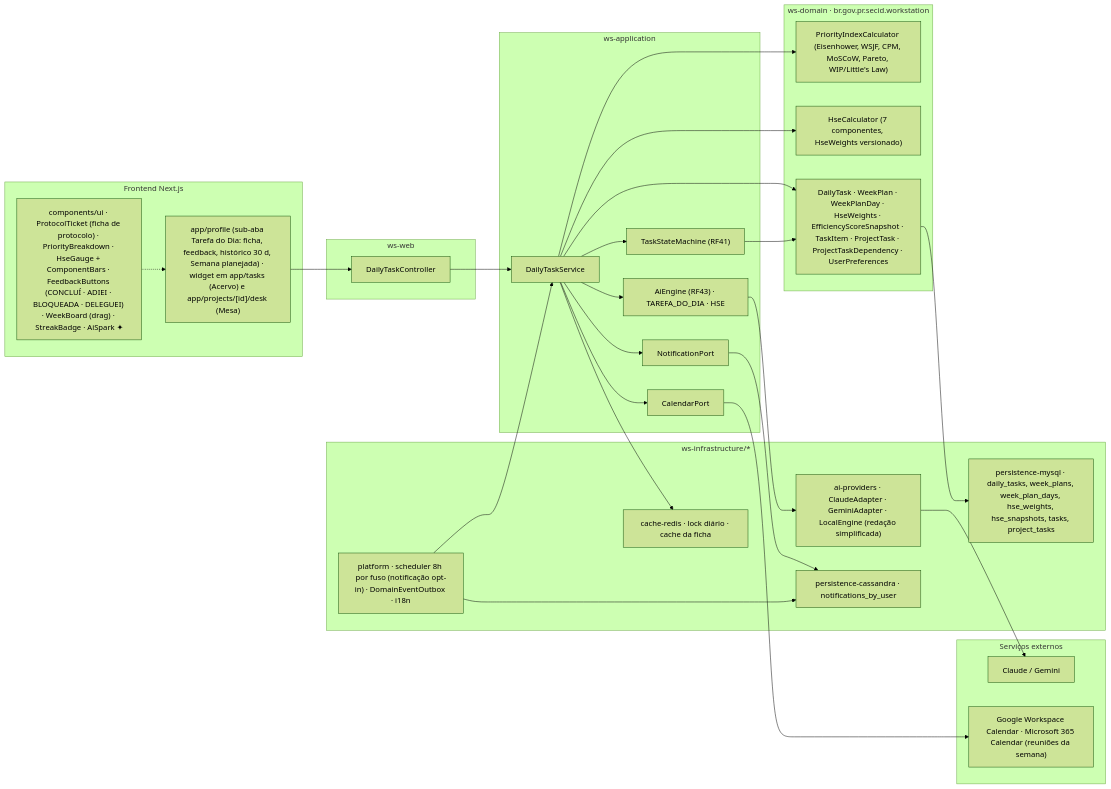
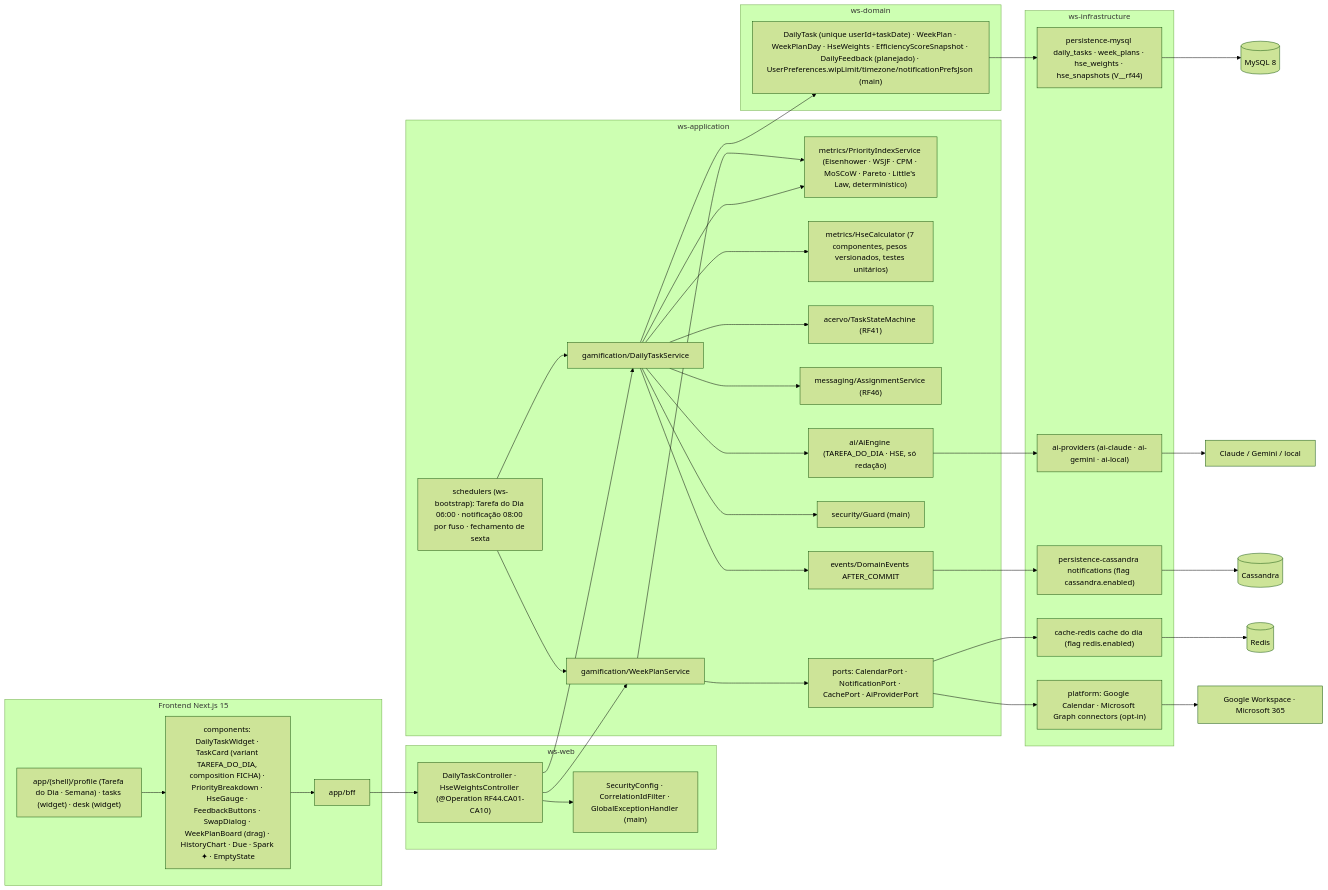
Before and after one commit to MatheusHaliski/Decia-app-2026: the fifth of 5 diagrams in docs/diagramas/RF44/README.md, drawn with Mermaid (forest theme). The commit also changed other lines of this file and 4 other files, not shown here.

First line of the commit message:
docs(diagramas): reescreve RF42–RF46 (DECIA Points, IA do sistema, Tarefa do Dia, Hype do Perfil, mensageria e atribuição)

````diff
--- a/docs/diagramas/RF44/README.md
+++ b/docs/diagramas/RF44/README.md
@@ -522,57 +459,55 @@
 ```mermaid
 flowchart LR
-  subgraph FE["Frontend Next.js"]
-    FE1["app/profile (sub-aba Tarefa do Dia: ficha, feedback, histórico 30 d, Semana planejada) · widget em app/tasks (Acervo) e app/projects/[id]/desk (Mesa)"]
-    FE2["components/ui · ProtocolTicket (ficha de protocolo) · PriorityBreakdown · HseGauge + ComponentBars · FeedbackButtons (CONCLUÍ · ADIEI · BLOQUEADA · DELEGUEI) · WeekBoard (drag) · StreakBadge · AiSpark ✦"]
+  subgraph FRONT["Frontend Next.js 15"]
+    R1["app/(shell)/profile (Tarefa do Dia · Semana) · tasks (widget) · desk (widget)"]
+    R2["components: DailyTaskWidget · TaskCard (variant TAREFA_DO_DIA, composition FICHA) · PriorityBreakdown · HseGauge · FeedbackButtons · SwapDialog · WeekPlanBoard (drag) · HistoryChart · Due · Spark ✦ · EmptyState"]
+    BFF["app/bff"]
+    R1 --> R2 --> BFF
   end
-
   subgraph WEB["ws-web"]
-    C1["DailyTaskController"]
+    DC["DailyTaskController · HseWeightsController (@Operation RF44.CA01-CA10)"]
+    SEC["SecurityConfig · CorrelationIdFilter · GlobalExceptionHandler (main)"]
   end
-
-  subgraph APP["ws-application"]
-    S1["DailyTaskService"]
-    S2["TaskStateMachine (RF41)"]
-    S3["AiEngine (RF43) · TAREFA_DO_DIA · HSE"]
-    P1["CalendarPort"]
-    P2["NotificationPort"]
+  subgraph APPL["ws-application"]
+    DTS["gamification/DailyTaskService"]
+    PIS["metrics/PriorityIndexService (Eisenhower · WSJF · CPM · MoSCoW · Pareto · Little's Law, determinístico)"]
+    HSE["metrics/HseCalculator (7 componentes, pesos versionados, testes unitários)"]
+    WPS["gamification/WeekPlanService"]
+    TSM["acervo/TaskStateMachine (RF41)"]
+    ASG["messaging/AssignmentService (RF46)"]
+    AIE["ai/AiEngine (TAREFA_DO_DIA · HSE, só redação)"]
+    GD["security/Guard (main)"]
+    DE["events/DomainEvents AFTER_COMMIT"]
+    PORTS["ports: CalendarPort · NotificationPort · CachePort · AiProviderPort"]
+    SCH["schedulers (ws-bootstrap): Tarefa do Dia 06:00 · notificação 08:00 por fuso · fechamento de sexta"]
   end
-
-  subgraph DOM["ws-domain · br.gov.pr.secid.workstation"]
-    D1["PriorityIndexCalculator (Eisenhower, WSJF, CPM, MoSCoW, Pareto, WIP/Little's Law)"]
-    D2["HseCalculator (7 componentes, HseWeights versionado)"]
-    D3["DailyTask · WeekPlan · WeekPlanDay · HseWeights · EfficiencyScoreSnapshot · TaskItem · ProjectTask · ProjectTaskDependency · UserPreferences"]
+  subgraph DOM["ws-domain"]
+    ENT["DailyTask (unique userId+taskDate) · WeekPlan · WeekPlanDay · HseWeights · EfficiencyScoreSnapshot · DailyFeedback (planejado) · UserPreferences.wipLimit/timezone/notificationPrefsJson (main)"]
   end
-
-  subgraph INFRA["ws-infrastructure/*"]
-    I1["persistence-mysql · daily_tasks, week_plans, week_plan_days, hse_weights, hse_snapshots, tasks, project_tasks"]
-    I2["cache-redis · lock diário · cache da ficha"]
-    I3["ai-providers · ClaudeAdapter · GeminiAdapter · LocalEngine (redação simplificada)"]
-    I4["platform · scheduler 8h por fuso (notificação opt-in) · DomainEventOutbox · i18n"]
-    I5["persistence-cassandra · notifications_by_user"]
+  subgraph INFRA["ws-infrastructure"]
+    MY["persistence-mysql daily_tasks · week_plans · hse_weights · hse_snapshots (V__rf44)"]
+    RD["cache-redis cache do dia (flag redis.enabled)"]
+    PLAT["platform: Google Calendar · Microsoft Graph connectors (opt-in)"]
+    CASA["persistence-cassandra notifications (flag cassandra.enabled)"]
+    AIP["ai-providers (ai-claude · ai-gemini · ai-local)"]
   end
-
-  subgraph EXT["Serviços externos"]
-    X1["Claude / Gemini"]
-    X2["Google Workspace Calendar · Microsoft 365 Calendar (reuniões da semana)"]
-  end
-
-  FE1 --> C1
-  FE2 -.-> FE1
-  C1 --> S1
-  S1 --> D1
-  S1 --> D2
-  S1 --> S2
-  S1 --> S3
-  S1 --> P1
-  S1 --> P2
-  S1 --> D3
-  S2 --> D3
-  D3 --> I1
-  S1 --> I2
-  S3 --> I3 --> X1
-  P1 --> X2
-  P2 --> I5
-  I4 --> S1
-  I4 --> I5
+  BFF --> DC --> SEC
+  DC --> DTS
+  DC --> WPS
+  DTS --> PIS
+  DTS --> HSE
+  DTS --> TSM
+  DTS --> ASG
+  DTS --> AIE
+  DTS --> GD
+  DTS --> DE
+  WPS --> PIS
+  WPS --> PORTS
+  SCH --> DTS
+  SCH --> WPS
+  DTS --> ENT --> MY --> MYSQL[("MySQL 8")]
+  PORTS --> RD --> REDIS[("Redis")]
+  PORTS --> PLAT --> EXT["Google Workspace · Microsoft 365"]
+  DE --> CASA --> CASS[("Cassandra")]
+  AIE --> AIP --> AI["Claude / Gemini / local"]
 ```
````
